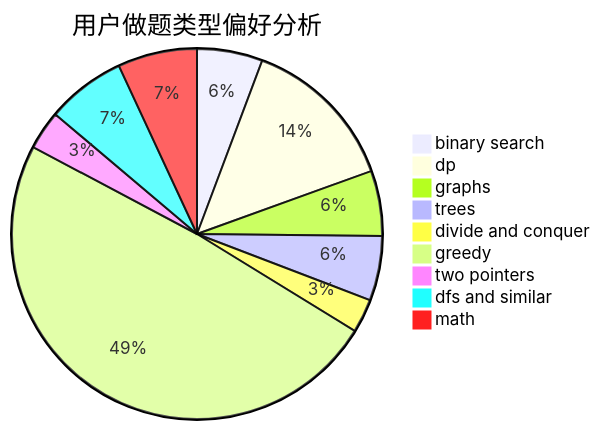
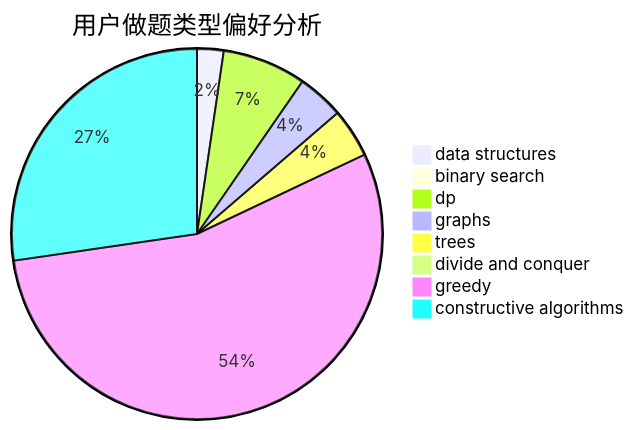
Before and after one commit to sherpahu/cfrs.github.io: the second of 3 diagrams in docs/user/u86.md, drawn with Mermaid. The commit also changed other lines of this file and 2775 other files, not shown here.

````diff
--- a/docs/user/u86.md
+++ b/docs/user/u86.md
@@ -23,12 +23,11 @@
 ```mermaid
 pie title 用户做题类型偏好分析
-    "binary search" :  153
-    "dp" :  368
-    "graphs" :  152
-    "trees" :  151
-    "divide and conquer" :  79
-    "greedy" :  1310
-    "two pointers" :  91
-    "dfs and similar" :  185
-    "math" :  185
+    "data structures" :  32
+    "binary search" :  4
+    "dp" :  101
+    "graphs" :  56
+    "trees" :  59
+    "divide and conquer" :  8
+    "greedy" :  756
+    "constructive algorithms" :  377
 ```
````
